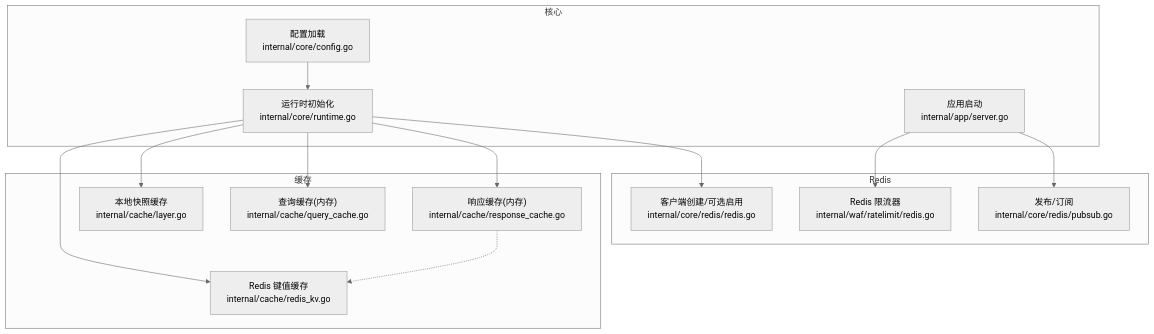
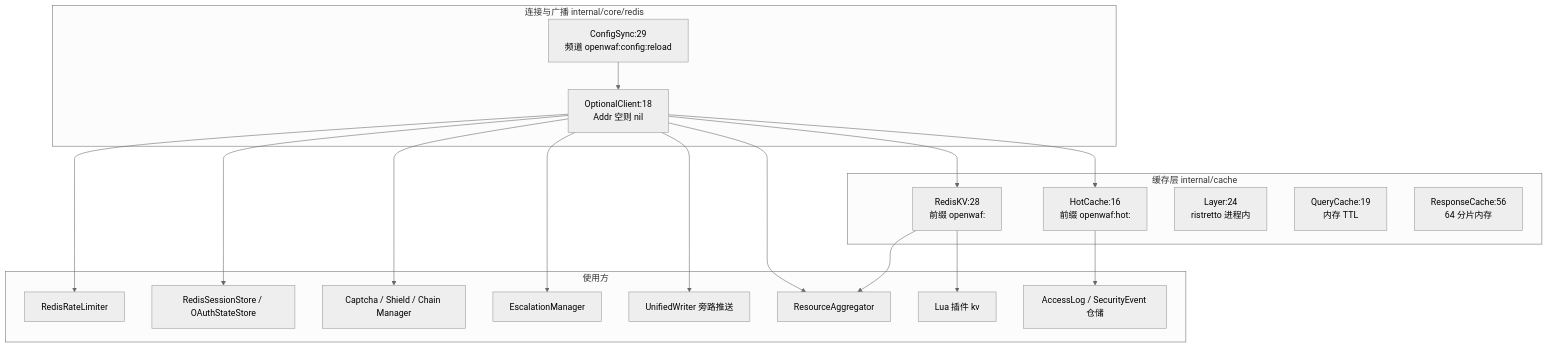
Before and after one commit to x01n/My-OpenWaf: the first of 6 diagrams in docs/数据存储层/Redis 集成.md, drawn with Mermaid (neutral theme). The commit also changed other lines of this file and 622 other files, not shown here.

````diff
--- a/docs/数据存储层/Redis 集成.md
+++ b/docs/数据存储层/Redis 集成.md
@@ -50,28 +79,36 @@
 ```mermaid
 graph TB
-subgraph "核心"
-CFG["配置加载<br/>internal/core/config.go"]
-RT["运行时初始化<br/>internal/core/runtime.go"]
-APP["应用启动<br/>internal/app/server.go"]
+subgraph CORE["连接与广播 internal/core/redis"]
+OPT["OptionalClient:18<br/>Addr 空则 nil"]
+CS["ConfigSync:29<br/>频道 openwaf:config:reload"]
 end
-subgraph "缓存"
-RC["响应缓存(内存)<br/>internal/cache/response_cache.go"]
-QL["查询缓存(内存)<br/>internal/cache/query_cache.go"]
-LYR["本地快照缓存<br/>internal/cache/layer.go"]
-RKV["Redis 键值缓存<br/>internal/cache/redis_kv.go"]
+subgraph CACHE["缓存层 internal/cache"]
+KV["RedisKV:28<br/>前缀 openwaf:"]
+HOT["HotCache:16<br/>前缀 openwaf:hot:"]
+LYR["Layer:24<br/>ristretto 进程内"]
+QC["QueryCache:19<br/>内存 TTL"]
+RC["ResponseCache:56<br/>64 分片内存"]
 end
-subgraph "Redis"
-RCLI["客户端创建/可选启用<br/>internal/core/redis/redis.go"]
-PUBSUB["发布/订阅<br/>internal/core/redis/pubsub.go"]
-RL["Redis 限流器<br/>internal/waf/ratelimit/redis.go"]
+subgraph USERS["使用方"]
+RL["RedisRateLimiter"]
+SESS["RedisSessionStore / OAuthStateStore"]
+CH["Captcha / Shield / Chain Manager"]
+ESC["EscalationManager"]
+UW["UnifiedWriter 旁路推送"]
+AG["ResourceAggregator"]
+LUA["Lua 插件 kv"]
+REPO["AccessLog / SecurityEvent 仓储"]
 end
-CFG --> RT
-RT --> RCLI
-RT --> RC
-RT --> QL
-RT --> LYR
-RT --> RKV
-APP --> PUBSUB
-APP --> RL
-RC -.-> RKV
+OPT --> KV
+OPT --> HOT
+OPT --> RL
+OPT --> SESS
+OPT --> CH
+OPT --> ESC
+OPT --> UW
+OPT --> AG
+KV --> LUA
+KV --> AG
+HOT --> REPO
+CS --> OPT
 ```
````
